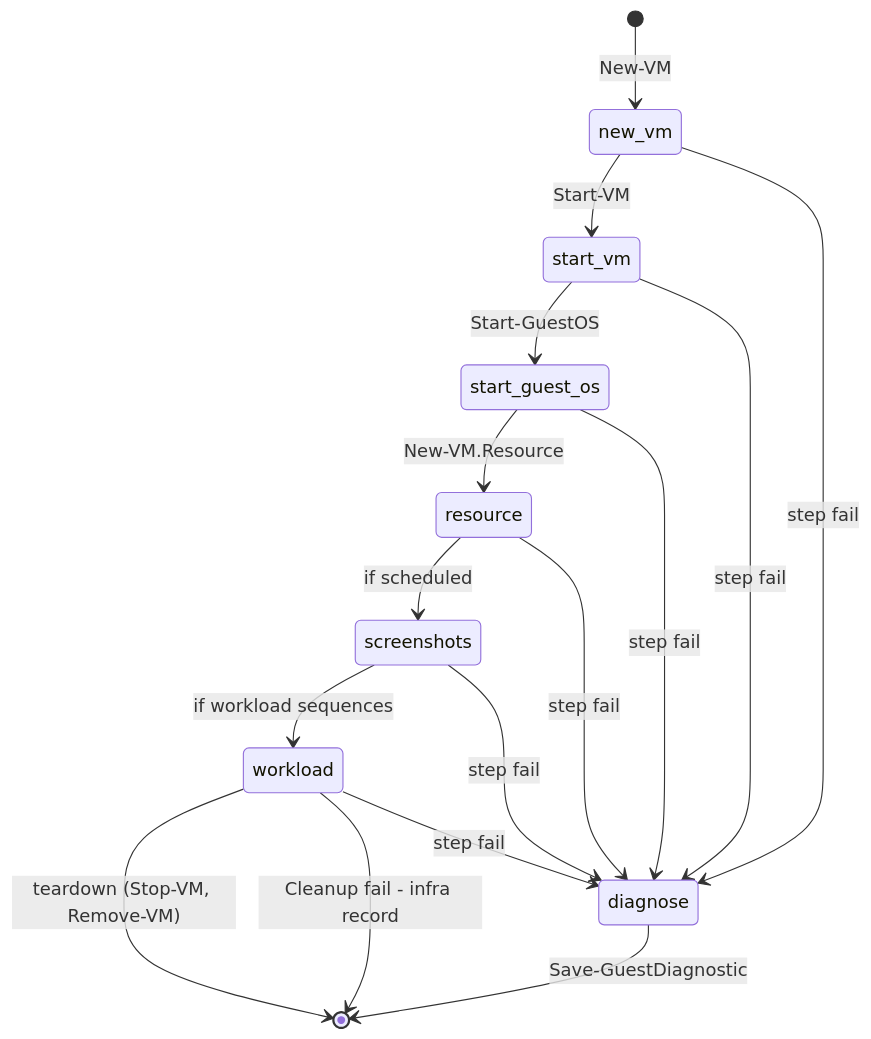
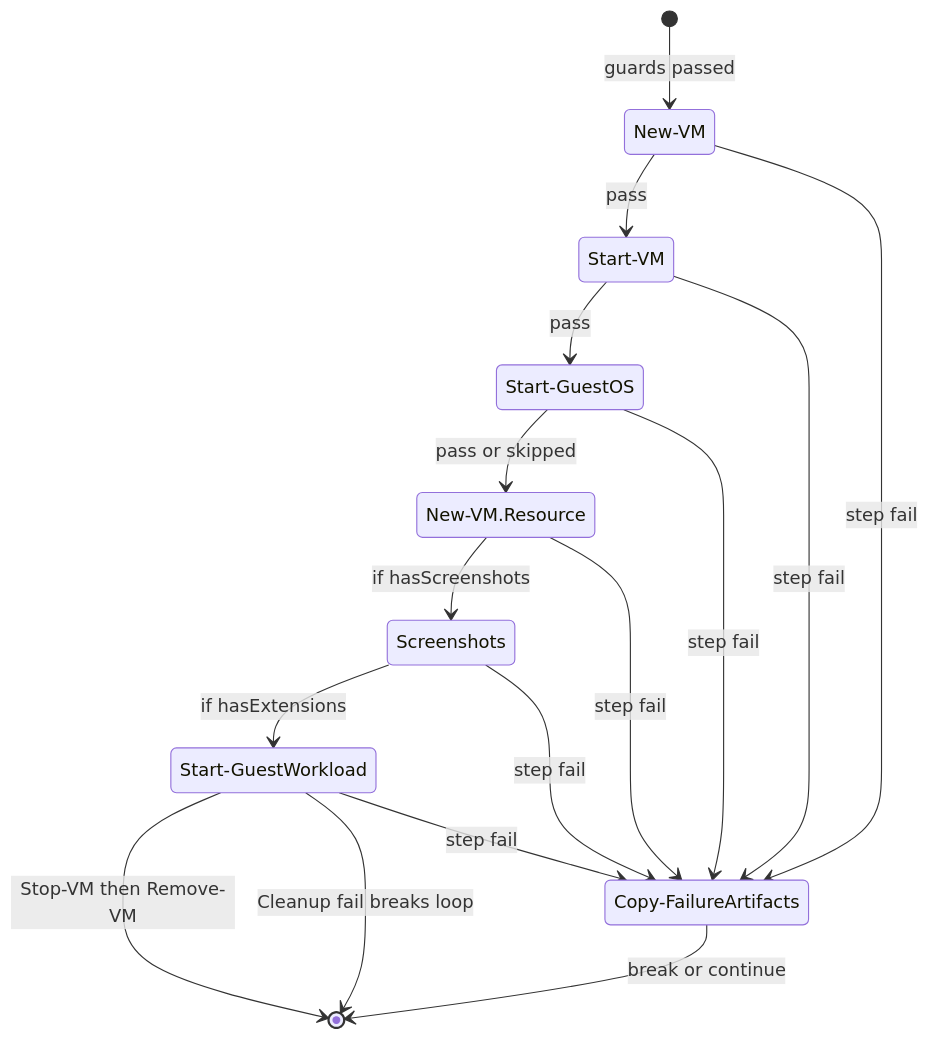
The second of 3 diagrams in docs/design/04-lifecycle-state.md (alissonsol/yuruna), drawn with Mermaid before and after one commit. The commit also changed other lines of this file and 652 other files, not shown here.

````diff
--- a/docs/design/04-lifecycle-state.md
+++ b/docs/design/04-lifecycle-state.md
@@ -88,18 +170,25 @@
 ```mermaid
 stateDiagram-v2
-    [*] --> new_vm : New-VM
-    new_vm --> start_vm : Start-VM
-    start_vm --> start_guest_os : Start-GuestOS
-    start_guest_os --> resource : New-VM.Resource
-    resource --> screenshots : if scheduled
-    screenshots --> workload : if workload sequences
-    workload --> [*] : teardown (Stop-VM, Remove-VM)
-    workload --> [*] : Cleanup fail - infra record
+    state "New-VM" as new_vm
+    state "Start-VM" as start_vm
+    state "Start-GuestOS" as start_guest_os
+    state "New-VM.Resource" as resource
+    state "Screenshots" as screenshots
+    state "Start-GuestWorkload" as workload
+    state "Copy-FailureArtifacts" as diagnose
+    [*] --> new_vm : guards passed
+    new_vm --> start_vm : pass
+    start_vm --> start_guest_os : pass
+    start_guest_os --> resource : pass or skipped
+    resource --> screenshots : if hasScreenshots
+    screenshots --> workload : if hasExtensions
+    workload --> [*] : Stop-VM then Remove-VM
+    workload --> [*] : Cleanup fail breaks loop
     new_vm --> diagnose : step fail
     start_vm --> diagnose : step fail
     start_guest_os --> diagnose : step fail
     resource --> diagnose : step fail
     screenshots --> diagnose : step fail
     workload --> diagnose : step fail
-    diagnose --> [*] : Save-GuestDiagnostic
+    diagnose --> [*] : break or continue
 ```
````
